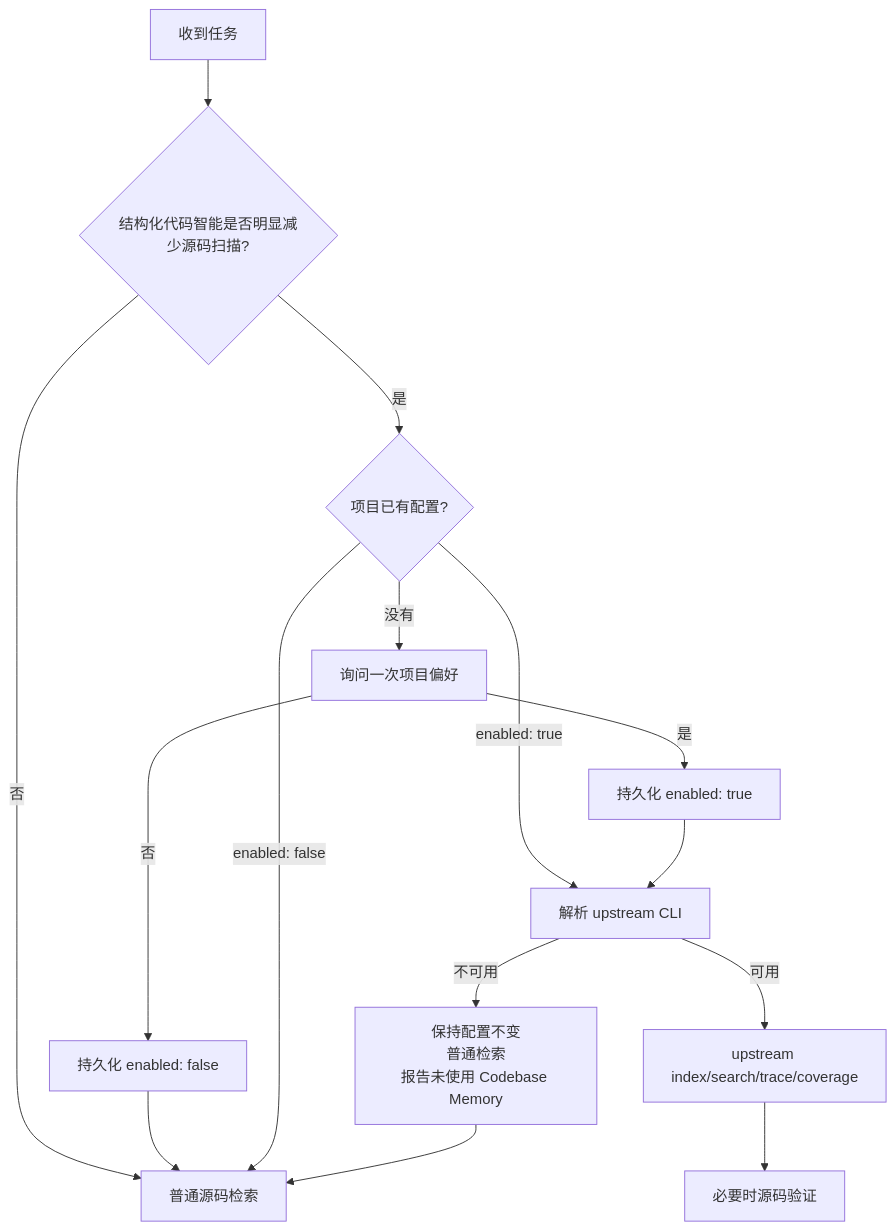
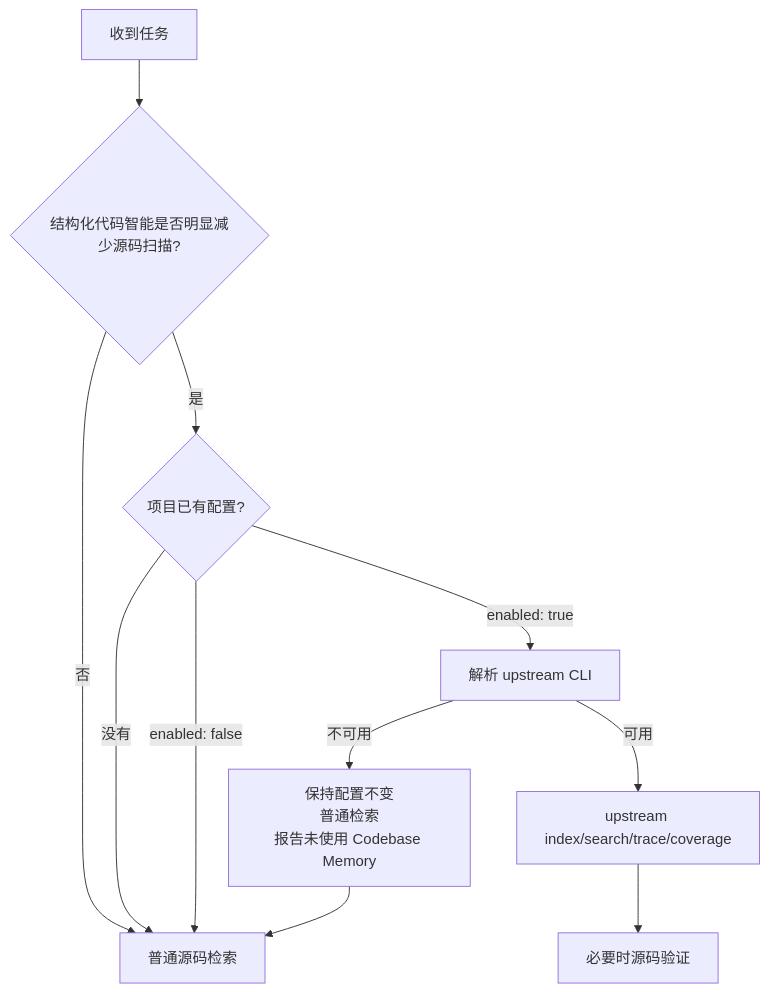
The second of 2 diagrams in README.md (Hubujiu/practical-coding), drawn with Mermaid before and after one commit. The commit also changed other lines of this file and 10 other files, not shown here.

````diff
--- a/README.md
+++ b/README.md
@@ -163,14 +168,11 @@
 ```mermaid
 flowchart TD
     T["收到任务"] --> Q{"结构化代码智能是否明显减少源码扫描?"}
     Q -->|"否"| S["普通源码检索"]
     Q -->|"是"| C{"项目已有配置?"}
-    C -->|"没有"| A["询问一次项目偏好"]
-    A -->|"否"| DIS["持久化 enabled: false"] --> S
-    A -->|"是"| EN["持久化 enabled: true"]
+    C -->|"没有"| S
     C -->|"enabled: false"| S
     C -->|"enabled: true"| R["解析 upstream CLI"]
-    EN --> R
     R -->|"可用"| U["upstream index/search/trace/coverage"] --> V["必要时源码验证"]
     R -->|"不可用"| FB["保持配置不变<br/>普通检索<br/>报告未使用 Codebase Memory"] --> S
 ```
````
